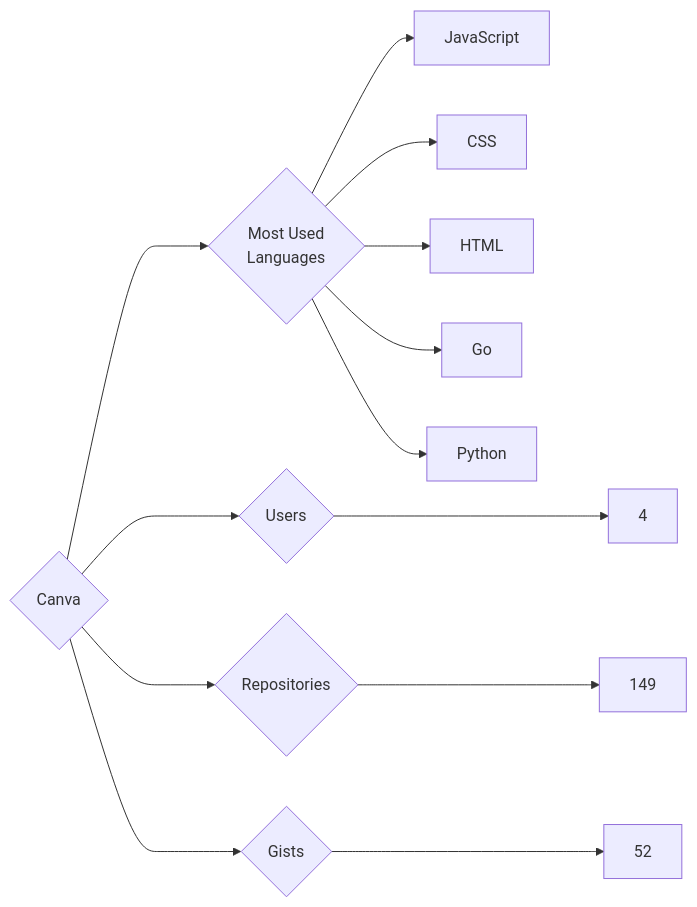
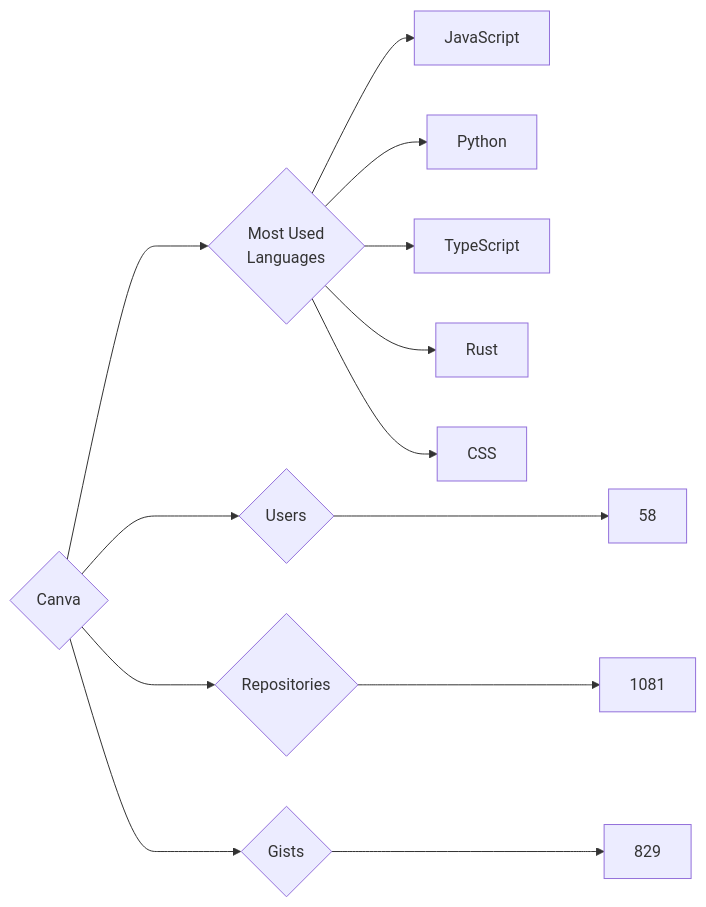
The diagram in targets/Canva/README.md (trickest/insiders), drawn with Mermaid before and after one commit. The commit also changed 935 other files, not shown here.

````diff
--- a/targets/Canva/README.md
+++ b/targets/Canva/README.md
@@ -3,13 +3,13 @@
 ```mermaid
 graph LR
 COMPANY_NAME{Canva}
-COMPANY_NAME ---> U{Users} ---> UN[4]
-COMPANY_NAME ---> R{Repositories} ---> RN[149]
-COMPANY_NAME ---> G{Gists} ---> GN[52]
+COMPANY_NAME ---> U{Users} ---> UN[58]
+COMPANY_NAME ---> R{Repositories} ---> RN[1081]
+COMPANY_NAME ---> G{Gists} ---> GN[829]
 COMPANY_NAME ---> ML{Most Used<br>Languages}
 ML --> JavaScript[JavaScript]
+ML --> Python[Python]
+ML --> TypeScript[TypeScript]
+ML --> Rust[Rust]
 ML --> CSS[CSS]
-ML --> HTML[HTML]
-ML --> Go[Go]
-ML --> Python[Python]
 ```
````
